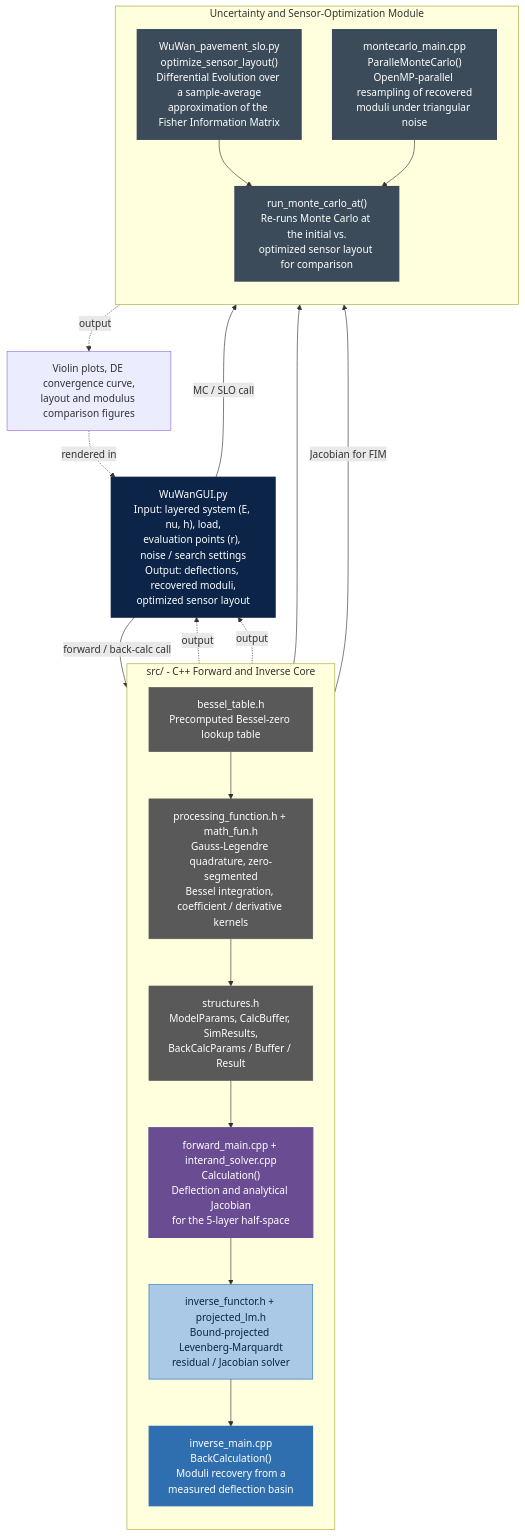
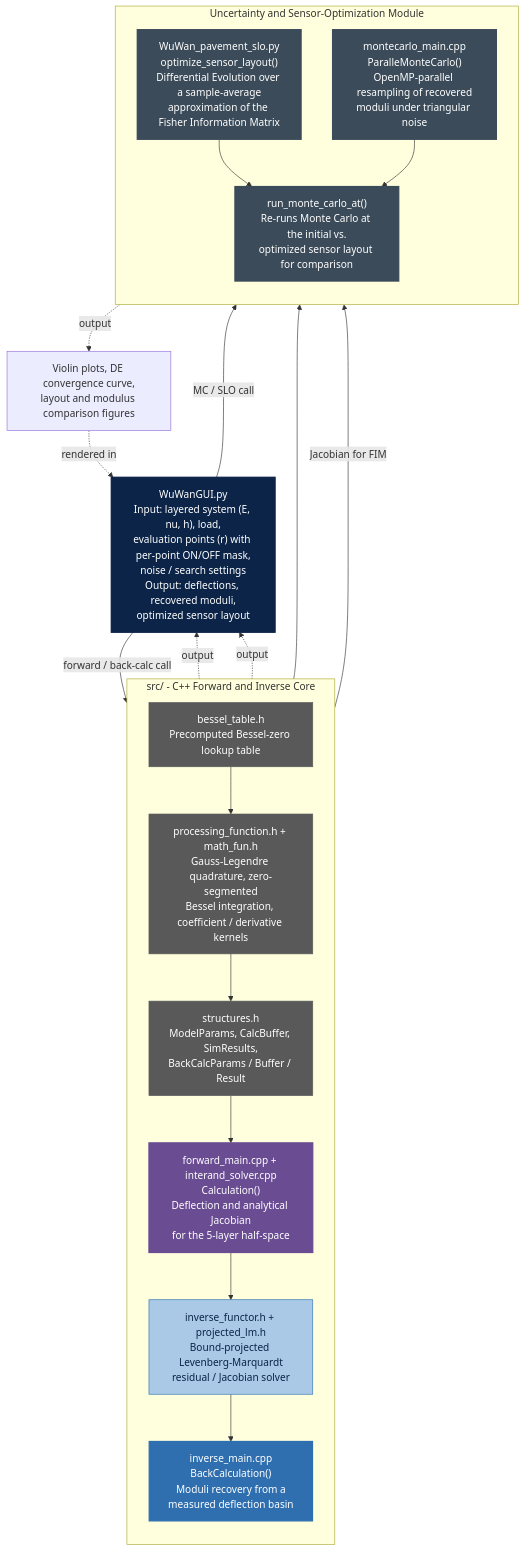
Before and after one commit to lewiswan/WuWan: the diagram in README.md, drawn with Mermaid. The commit also changed other lines of this file and 12 other files, not shown here.

````diff
--- a/README.md
+++ b/README.md
@@ -143,47 +143,47 @@
 ```mermaid
 flowchart TD
     classDef entry fill:#0b2447,color:#fff,stroke:#0b2447,stroke-width:2px
     classDef core fill:#6a4c93,color:#fff,stroke:#6a4c93,stroke-width:2px
     classDef blue fill:#2f6fb0,color:#fff,stroke:#2f6fb0,stroke-width:2px
     classDef lightblue fill:#a9c9e6,color:#0b2447,stroke:#2f6fb0,stroke-width:1px
     classDef gray fill:#595959,color:#fff,stroke:#595959,stroke-width:1px
     classDef module fill:#3b4b59,color:#fff,stroke:#3b4b59,stroke-width:2px
 
-    GUI["WuWanGUI.py<br/>Input: layered system (E, nu, h), load,<br/>evaluation points (r), noise / search settings<br/>Output: deflections, recovered moduli,<br/>optimized sensor layout"]:::entry
+    GUI["WuWanGUI.py<br/>Input: layered system (E, nu, h), load,<br/>evaluation points (r) with per-point ON/OFF mask,<br/>noise / search settings<br/>Output: deflections, recovered moduli,<br/>optimized sensor layout"]:::entry
 
     subgraph CORE["src/ - C++ Forward and Inverse Core"]
         direction TB
         TABLE["bessel_table.h<br/>Precomputed Bessel-zero lookup table"]:::gray
         PROC["processing_function.h + math_fun.h<br/>Gauss-Legendre quadrature, zero-segmented<br/>Bessel integration, coefficient / derivative kernels"]:::gray
         STRUCT["structures.h<br/>ModelParams, CalcBuffer, SimResults,<br/>BackCalcParams / Buffer / Result"]:::gray
         FWD["forward_main.cpp + interand_solver.cpp<br/>Calculation()<br/>Deflection and analytical Jacobian<br/>for the 5-layer half-space"]:::core
         FUNCTOR["inverse_functor.h + projected_lm.h<br/>Bound-projected Levenberg-Marquardt<br/>residual / Jacobian solver"]:::lightblue
         INV["inverse_main.cpp<br/>BackCalculation()<br/>Moduli recovery from a<br/>measured deflection basin"]:::blue
 
         TABLE --> PROC
         PROC --> STRUCT
         STRUCT --> FWD
         FWD --> FUNCTOR
         FUNCTOR --> INV
     end
 
     GUI -->|forward / back-calc call| CORE
     FWD -. output .-> GUI
     INV -. output .-> GUI
 
     subgraph OPTMOD["Uncertainty and Sensor-Optimization Module"]
         direction TB
         MC["montecarlo_main.cpp<br/>ParalleMonteCarlo()<br/>OpenMP-parallel resampling of recovered<br/>moduli under triangular noise"]:::module
         SLO["WuWan_pavement_slo.py<br/>optimize_sensor_layout()<br/>Differential Evolution over a sample-average<br/>approximation of the Fisher Information Matrix"]:::module
         COMPARE["run_monte_carlo_at()<br/>Re-runs Monte Carlo at the initial vs.<br/>optimized sensor layout for comparison"]:::module
 
         SLO --> COMPARE
     end
 
     INV --> MC
     FWD -->|Jacobian for FIM| SLO
     MC --> COMPARE
     GUI -->|MC / SLO call| OPTMOD
     OPTMOD -. output .-> PLOTS["Violin plots, DE convergence curve,<br/>layout and modulus comparison figures"]
     PLOTS -. rendered in .-> GUI
 ```
````
